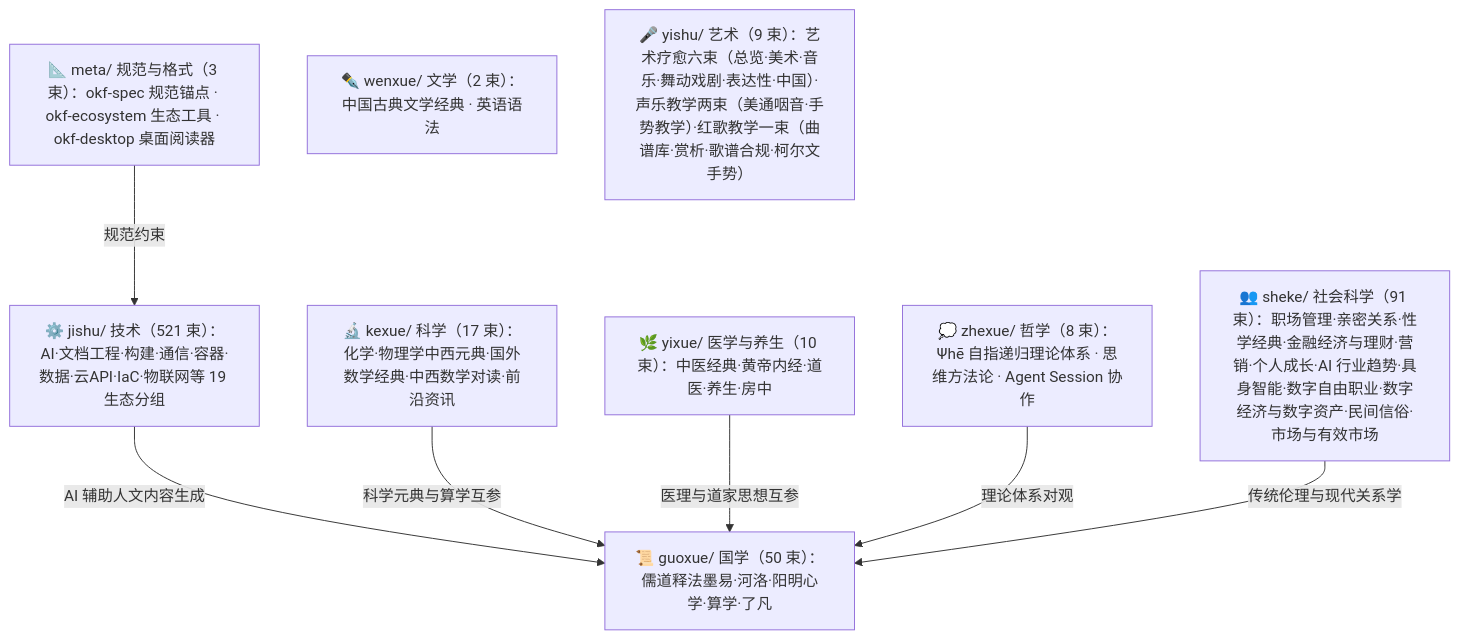
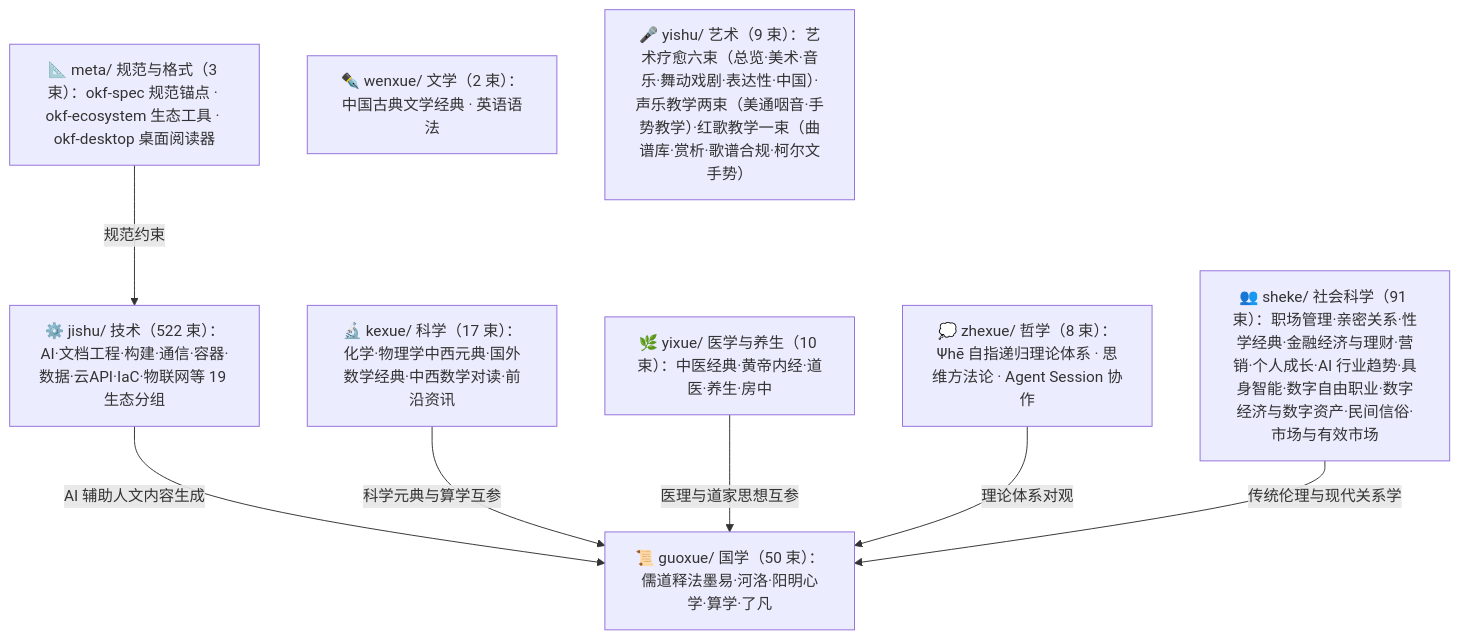
The diagram in doc/bundles/index.md (awesome-flexloop/awesome-okf), drawn with Mermaid before and after one commit. The commit also changed other lines of this file and 21 other files, not shown here.

````diff
--- a/doc/bundles/index.md
+++ b/doc/bundles/index.md
@@ -21,18 +21,18 @@
 ```mermaid
 flowchart TD
     meta["📐 meta/ 规范与格式（3 束）：okf-spec 规范锚点 · okf-ecosystem 生态工具 · okf-desktop 桌面阅读器"]
     guoxue["📜 guoxue/ 国学（50 束）：儒道释法墨易·河洛·阳明心学·算学·了凡"]
     zhexue["💭 zhexue/ 哲学（8 束）：Ψhē 自指递归理论体系 · 思维方法论 · Agent Session 协作"]
     kexue["🔬 kexue/ 科学（17 束）：化学·物理学中西元典·国外数学经典·中西数学对读·前沿资讯"]
     wenxue["✒️ wenxue/ 文学（2 束）：中国古典文学经典 · 英语语法"]
     yixue["🌿 yixue/ 医学与养生（10 束）：中医经典·黄帝内经·道医·养生·房中"]
     sheke["👥 sheke/ 社会科学（91 束）：职场管理·亲密关系·性学经典·金融经济与理财·营销·个人成长·AI 行业趋势·具身智能·数字自由职业·数字经济与数字资产·民间信俗·市场与有效市场"]
     yishu["🎤 yishu/ 艺术（9 束）：艺术疗愈六束（总览·美术·音乐·舞动戏剧·表达性·中国）·声乐教学两束（美通咽音·手势教学）·红歌教学一束（曲谱库·赏析·歌谱合规·柯尔文手势）"]
-    jishu["⚙️ jishu/ 技术（521 束）：AI·文档工程·构建·通信·容器·数据·云API·IaC·物联网等 19 生态分组"]
+    jishu["⚙️ jishu/ 技术（522 束）：AI·文档工程·构建·通信·容器·数据·云API·IaC·物联网等 19 生态分组"]
     meta -->|"规范约束"| jishu
     jishu -->|"AI 辅助人文内容生成"| guoxue
     kexue -->|"科学元典与算学互参"| guoxue
     yixue -->|"医理与道家思想互参"| guoxue
     zhexue -->|"理论体系对观"| guoxue
     sheke -->|"传统伦理与现代关系学"| guoxue
 ```
````
